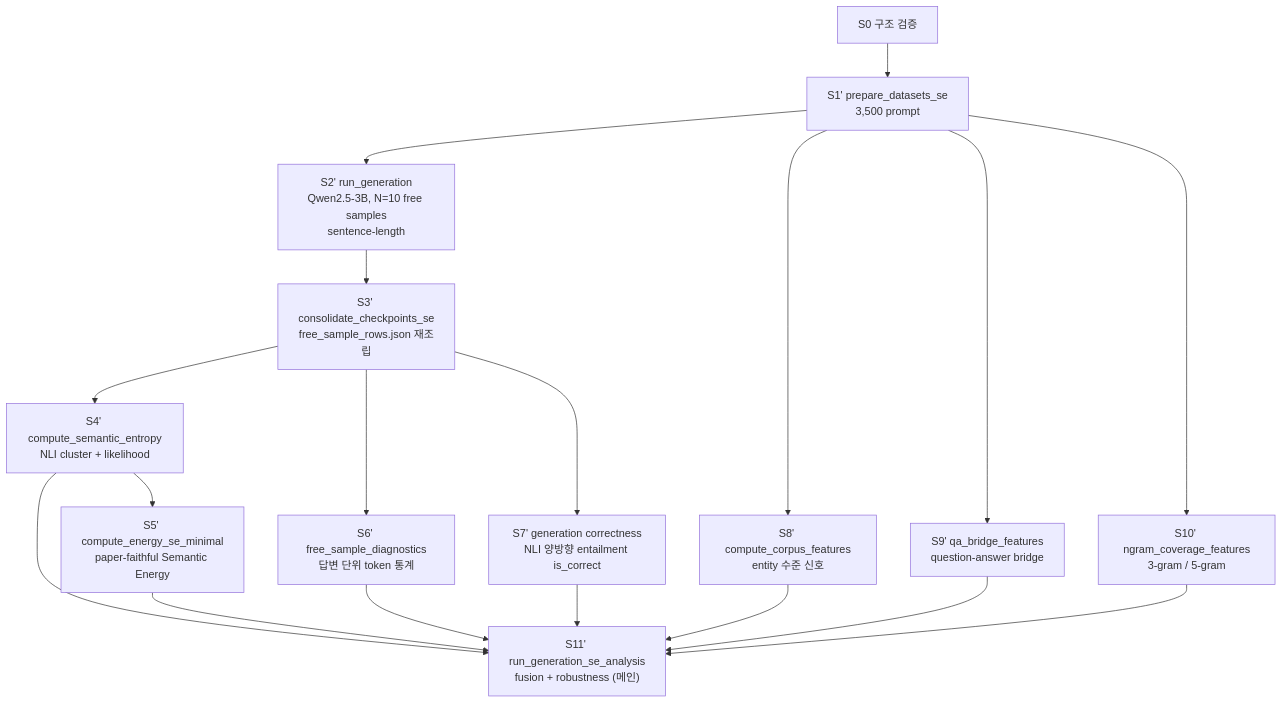
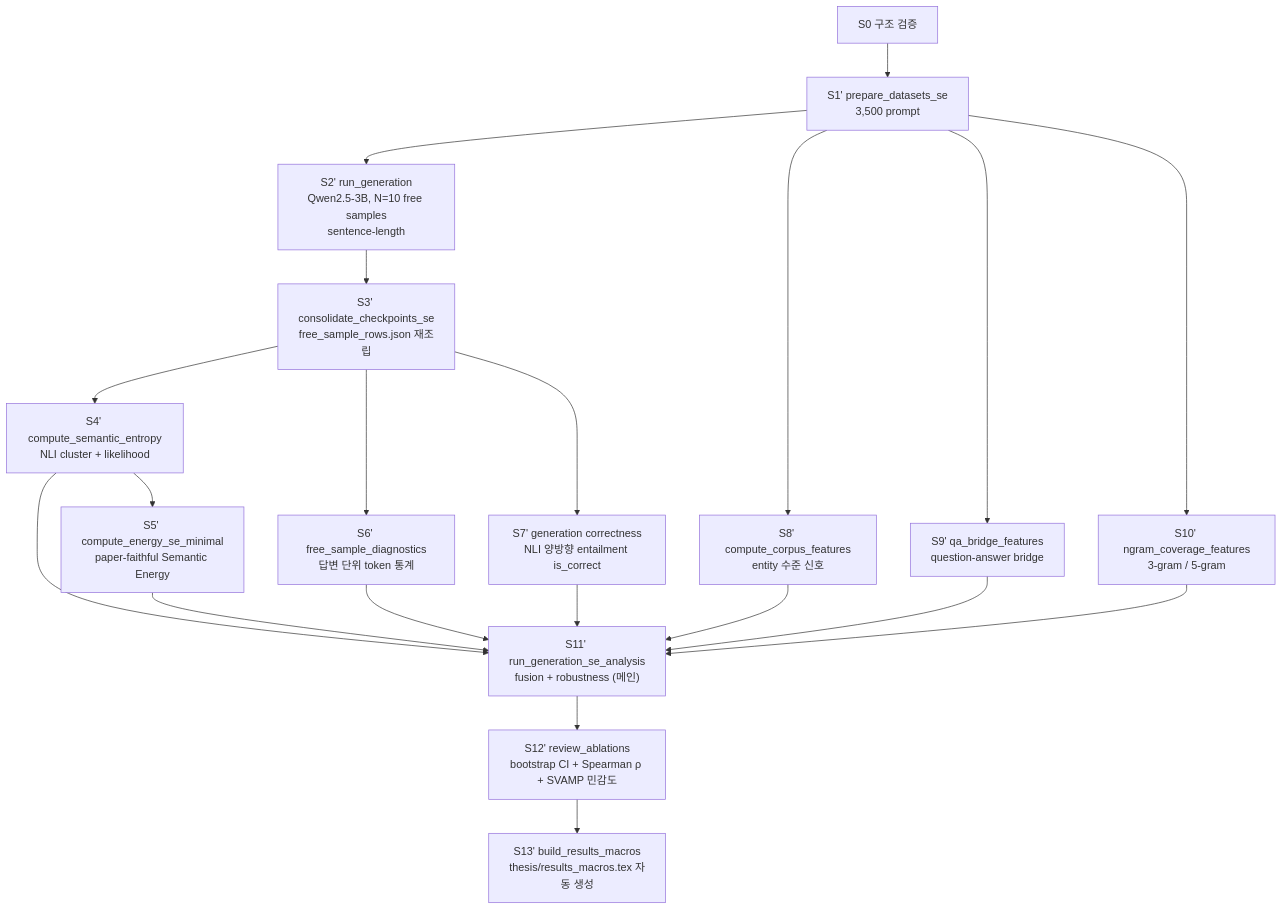
The diagram in experiments/OVERVIEW.md (sharosoo/hallucination-graduation-thesis), drawn with Mermaid before and after one commit. The commit also changed other lines of this file and 2 other files, not shown here.

````diff
--- a/experiments/OVERVIEW.md
+++ b/experiments/OVERVIEW.md
@@ -47,41 +47,46 @@
 ```mermaid
 flowchart TD
     S0[S0 구조 검증]
     S1["S1' prepare_datasets_se
 3,500 prompt"]
     S2["S2' run_generation
 Qwen2.5-3B, N=10 free samples
 sentence-length"]
     S3["S3' consolidate_checkpoints_se
 free_sample_rows.json 재조립"]
     S4["S4' compute_semantic_entropy
 NLI cluster + likelihood"]
     S5["S5' compute_energy_se_minimal
 paper-faithful Semantic Energy"]
     S6["S6' free_sample_diagnostics
 답변 단위 token 통계"]
     S7["S7' generation correctness
 NLI 양방향 entailment is_correct"]
     S8["S8' compute_corpus_features
 entity 수준 신호"]
     S9["S9' qa_bridge_features
 question-answer bridge"]
     S10["S10' ngram_coverage_features
 3-gram / 5-gram"]
     S11["S11' run_generation_se_analysis
 fusion + robustness (메인)"]
+    S12["S12' review_ablations
+bootstrap CI + Spearman ρ + SVAMP 민감도"]
+    S13["S13' build_results_macros
+thesis/results_macros.tex 자동 생성"]
 
     S0 --> S1 --> S2 --> S3 --> S4 --> S5
     S3 --> S6
     S3 --> S7
     S1 --> S8
     S1 --> S9
     S1 --> S10
     S4 --> S11
     S5 --> S11
     S6 --> S11
     S7 --> S11
     S8 --> S11
     S9 --> S11
     S10 --> S11
+    S11 --> S12 --> S13
 ```
````
